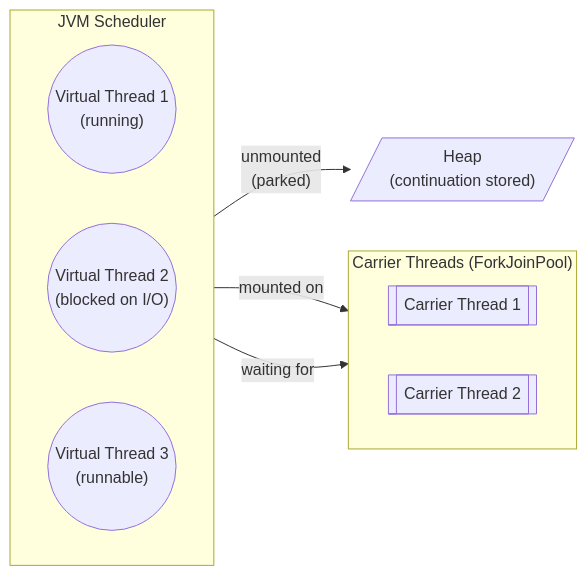
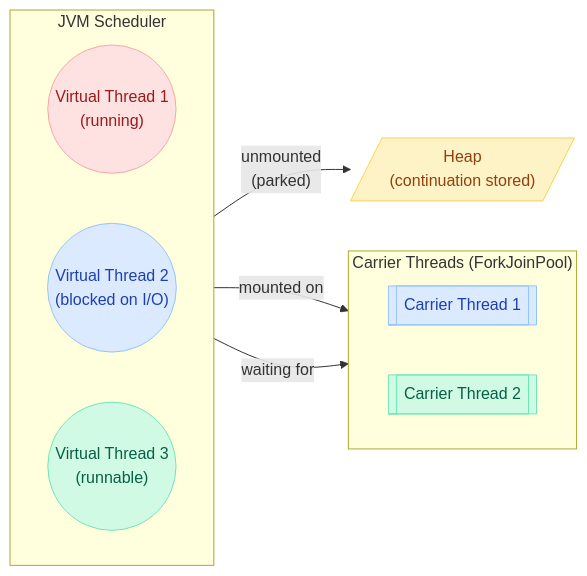
Before and after one commit to saivamsikaruturi/vamsilabs-dev-notes-main: the ninth of 9 diagrams in docs/java/MultiThreading.md, drawn with Mermaid. The commit also changed other lines of this file and 220 other files, not shown here.

First line of the commit message:
Add 50+ new Java/Spring Boot pages, rewrite CSS code blocks to Oracle style, fix all diagram colors

````diff
--- a/docs/java/MultiThreading.md
+++ b/docs/java/MultiThreading.md
@@ -1062,19 +1104,26 @@
 ```mermaid
 flowchart LR
     subgraph "JVM Scheduler"
         direction LR
         VT1(("Virtual Thread 1<br/>(running)"))
         VT2(("Virtual Thread 2<br/>(blocked on I/O)"))
         VT3(("Virtual Thread 3<br/>(runnable)"))
     end
     
     subgraph "Carrier Threads (ForkJoinPool)"
         direction LR
         CT1[["Carrier Thread 1"]]
         CT2[["Carrier Thread 2"]]
     end
 
     VT1 -->|"mounted on"| CT1
     VT3 -->|"waiting for"| CT2
     VT2 -->|"unmounted<br/>(parked)"| HEAP[/"Heap<br/>(continuation stored)"/]
+
+    style CT1 fill:#DBEAFE,stroke:#93C5FD,color:#1E40AF
+    style CT2 fill:#D1FAE5,stroke:#6EE7B7,color:#065F46
+    style HEAP fill:#FEF3C7,stroke:#FCD34D,color:#92400E
+    style VT1 fill:#FEE2E2,stroke:#FCA5A5,color:#991B1B
+    style VT2 fill:#DBEAFE,stroke:#93C5FD,color:#1E40AF
+    style VT3 fill:#D1FAE5,stroke:#6EE7B7,color:#065F46
 ```
````
